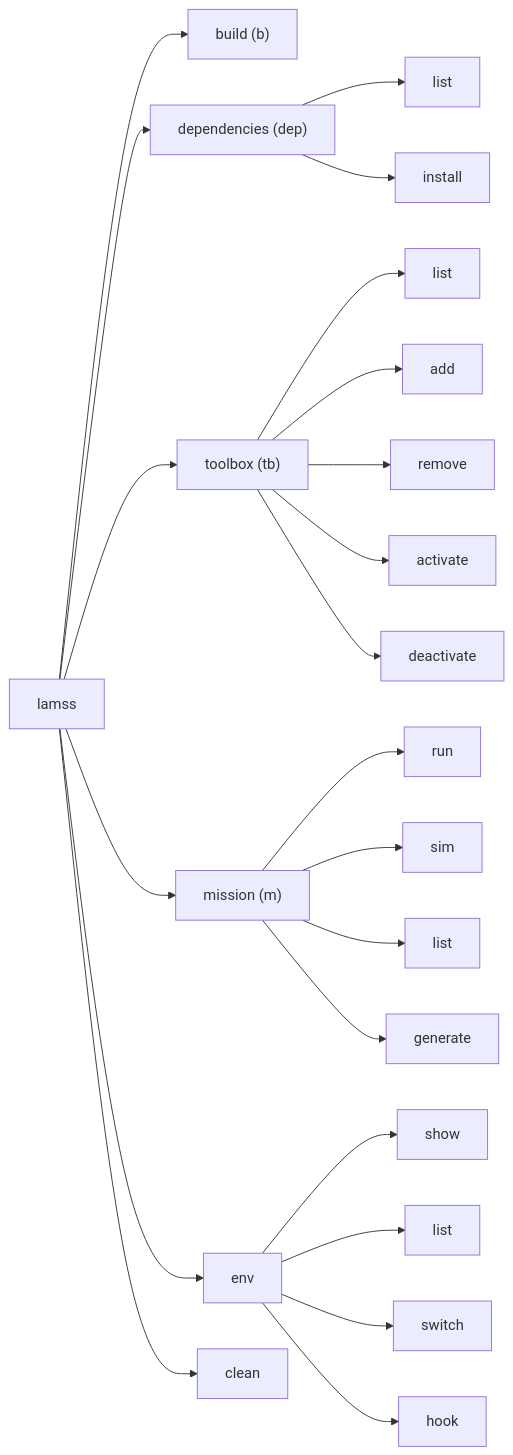
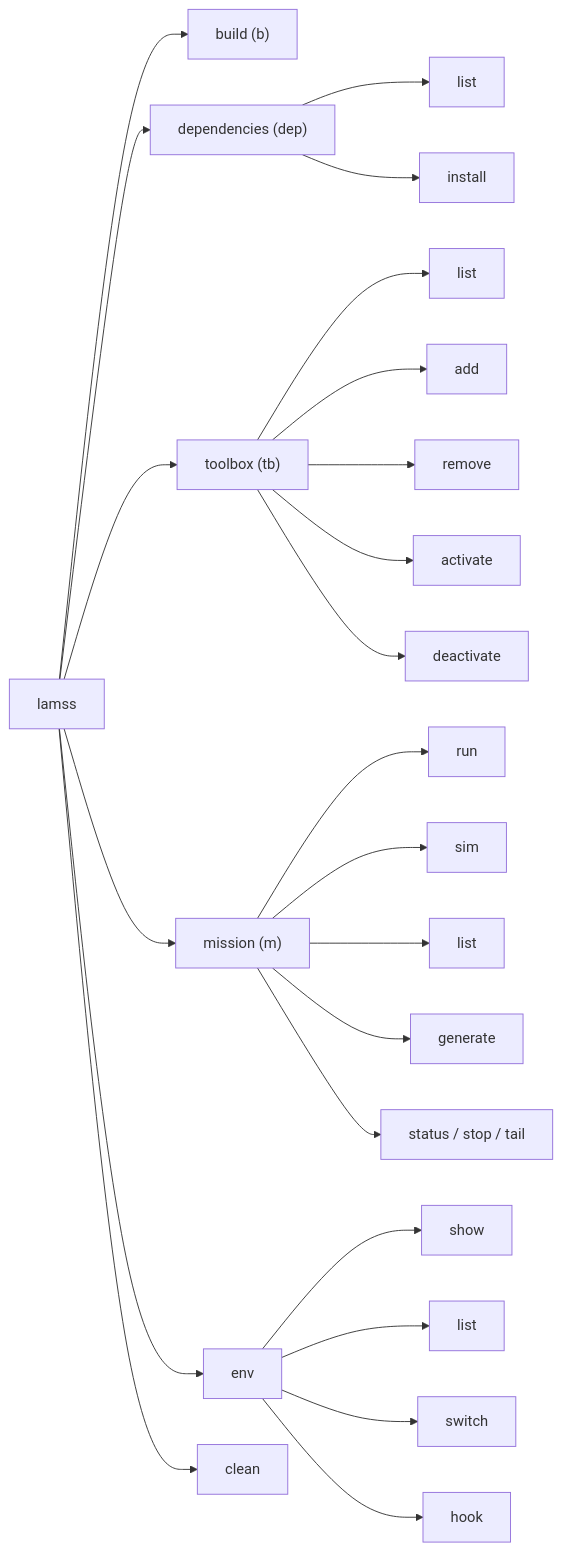
Before and after one commit to GobySoft/lamss3: the second of 2 diagrams in core/src/doc/plan/claude/03-lamss-tool.md, drawn with Mermaid. The commit also changed other lines of this file and 49 other files, not shown here.

````diff
--- a/core/src/doc/plan/claude/03-lamss-tool.md
+++ b/core/src/doc/plan/claude/03-lamss-tool.md
@@ -43,24 +43,25 @@
 ```mermaid
 flowchart LR
   lamss --> build["build (b)"]
   lamss --> dep["dependencies (dep)"]
   dep --> dl[list]
   dep --> di[install]
   lamss --> tb["toolbox (tb)"]
   tb --> tl[list]
   tb --> ta[add]
   tb --> tr[remove]
   tb --> tac[activate]
   tb --> tde[deactivate]
   lamss --> m["mission (m)"]
   m --> run[run]
   m --> sim[sim]
   m --> ml[list]
   m --> mg[generate]
+  m --> mst[status / stop / tail]
   lamss --> env
   env --> es[show]
   env --> el[list]
   env --> esw[switch]
   env --> eh[hook]
   lamss --> clean
 ```
````
